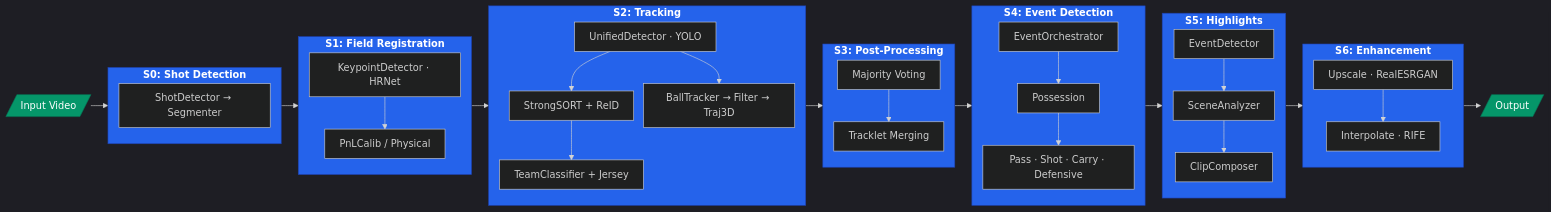
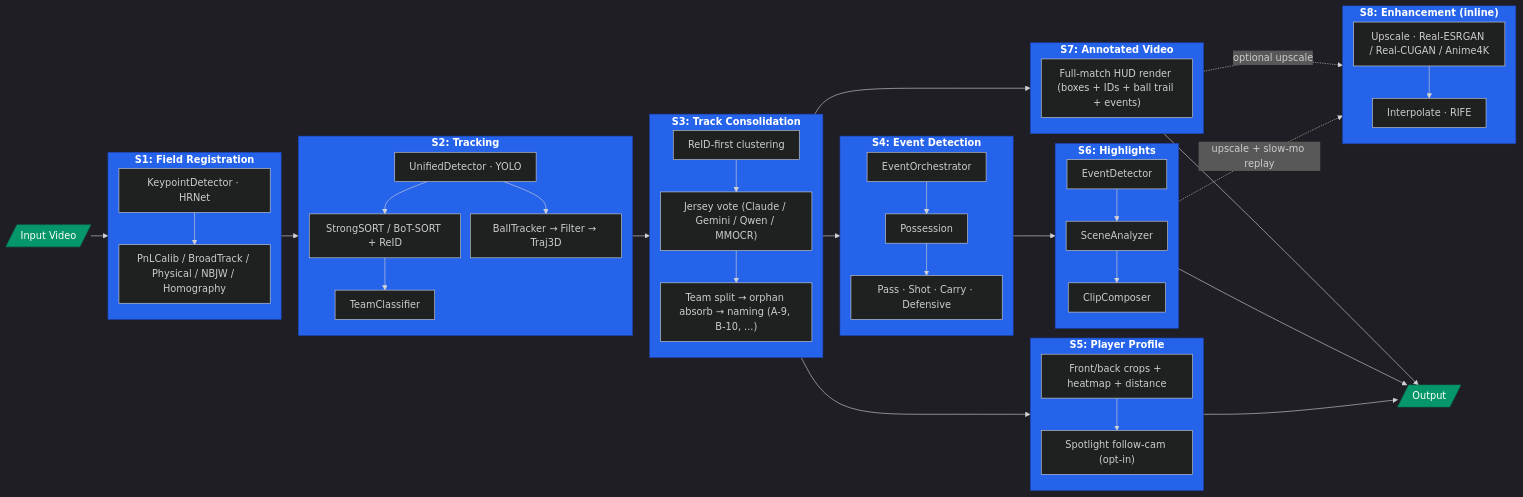
Before and after one commit to outstandingcandy/AgentCoach: the diagram in architecture.md, drawn with Mermaid. The commit also changed other lines of this file and 8 other files, not shown here.

First line of the commit message:
Per-player spotlight clips + match-page video swap

````diff
--- a/architecture.md
+++ b/architecture.md
@@ -3,63 +3,80 @@
 ```mermaid
 %%{init: {'theme': 'dark', 'flowchart': {'nodeSpacing': 16, 'rankSpacing': 28, 'padding': 12}}}%%
 flowchart LR
     VIDEO[/"Input Video"/]
 
-    subgraph S0["S0: Shot Detection"]
-        SD["ShotDetector → Segmenter"]
-    end
-
     subgraph S1["S1: Field Registration"]
         direction TB
         S1_KP["KeypointDetector · HRNet"]
-        S1_BE["PnLCalib / Physical"]
+        S1_BE["PnLCalib / BroadTrack / Physical / NBJW / Homography"]
         S1_KP --> S1_BE
     end
 
     subgraph S2["S2: Tracking"]
         direction TB
         S2_DET["UnifiedDetector · YOLO"]
-        S2_PT["StrongSORT + ReID"]
+        S2_PT["StrongSORT / BoT-SORT + ReID"]
         S2_BT["BallTracker → Filter → Traj3D"]
-        S2_TA["TeamClassifier + Jersey"]
+        S2_TA["TeamClassifier"]
         S2_DET --> S2_PT --> S2_TA
         S2_DET --> S2_BT
     end
 
-    subgraph S3["S3: Post-Processing"]
+    subgraph S3["S3: Track Consolidation"]
         direction TB
-        S3_MV["Majority Voting"]
-        S3_TM["Tracklet Merging"]
-        S3_MV --> S3_TM
+        S3_RC["ReID-first clustering"]
+        S3_JV["Jersey vote (Claude / Gemini / Qwen / MMOCR)"]
+        S3_NM["Team split → orphan absorb → naming (A-9, B-10, ...)"]
+        S3_RC --> S3_JV --> S3_NM
     end
 
     subgraph S4["S4: Event Detection"]
         direction TB
         S4_OR["EventOrchestrator"]
         S4_PS["Possession"]
         S4_EV["Pass · Shot · Carry · Defensive"]
         S4_OR --> S4_PS --> S4_EV
     end
 
-    subgraph S5["S5: Highlights"]
+    subgraph S5["S5: Player Profile"]
         direction TB
-        S5_DT["EventDetector"]
-        S5_AN["SceneAnalyzer"]
-        S5_CP["ClipComposer"]
-        S5_DT --> S5_AN --> S5_CP
+        S5_CR["Front/back crops + heatmap + distance"]
+        S5_SP["Spotlight follow-cam (opt-in)"]
+        S5_CR --> S5_SP
     end
 
-    subgraph S6["S6: Enhancement"]
+    subgraph S6["S6: Highlights"]
         direction TB
-        S6_UP["Upscale · RealESRGAN"]
-        S6_FI["Interpolate · RIFE"]
-        S6_UP --> S6_FI
+        S6_DT["EventDetector"]
+        S6_AN["SceneAnalyzer"]
+        S6_CP["ClipComposer"]
+        S6_DT --> S6_AN --> S6_CP
     end
 
-    VIDEO --> S0 --> S1 --> S2 --> S3 --> S4 --> S5 --> S6 --> OUTPUT[/"Output"/]
+    subgraph S7["S7: Annotated Video"]
+        direction TB
+        S7_HUD["Full-match HUD render (boxes + IDs + ball trail + events)"]
+    end
+
+    subgraph S8["S8: Enhancement (inline)"]
+        direction TB
+        S8_UP["Upscale · Real-ESRGAN / Real-CUGAN / Anime4K"]
+        S8_FI["Interpolate · RIFE"]
+        S8_UP --> S8_FI
+    end
+
+    VIDEO --> S1 --> S2 --> S3 --> S4
+    S3 --> S5
+    S4 --> S6
+    S3 --> S7
+    S6 -.upscale + slow-mo replay.-> S8
+    S7 -.optional upscale.-> S8
+    S5 --> OUTPUT[/"Output"/]
+    S6 --> OUTPUT
+    S7 --> OUTPUT
 
     classDef stage fill:#2563eb,stroke:#1e40af,color:#fff,font-weight:bold
     classDef io fill:#059669,stroke:#047857,color:#fff
-    class S0,S1,S2,S3,S4,S5,S6 stage
+    class S1,S2,S3,S4,S5,S6,S7,S8 stage
     class VIDEO,OUTPUT io
 ```
````
